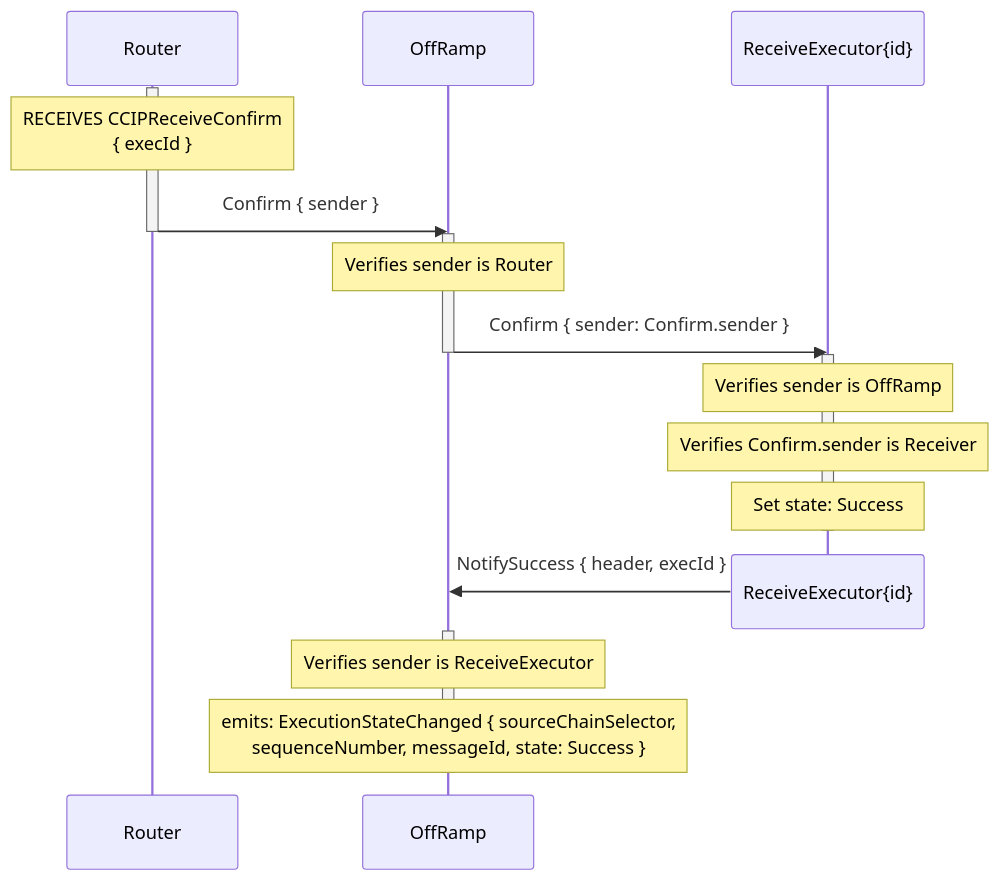
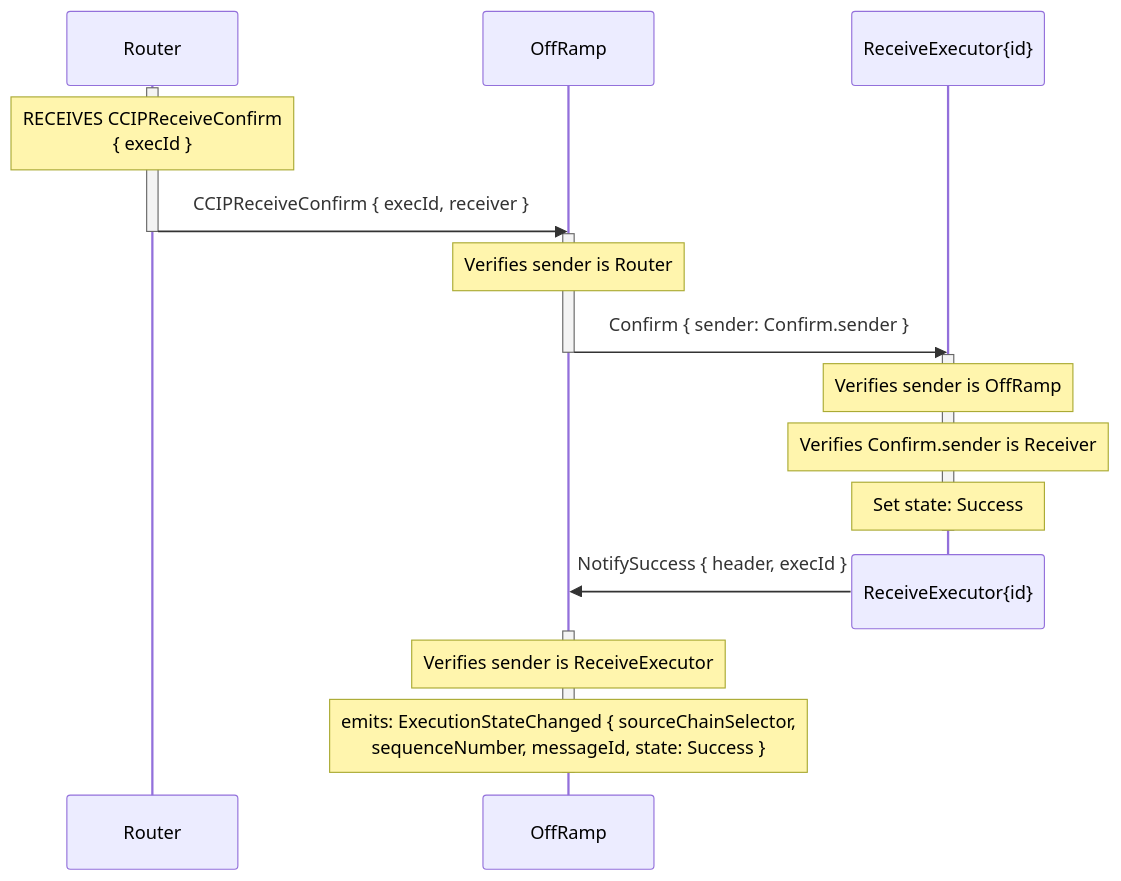
Before and after one commit to smartcontractkit/chainlink-ton: the third of 4 diagrams in docs/contracts/ccip/offramp/arbitrary-msg.md, drawn with Mermaid. The commit also changed other lines of this file and 5 other files, not shown here.

Commit message:
feat: revisit flow diagrams

````diff
--- a/docs/contracts/ccip/offramp/arbitrary-msg.md
+++ b/docs/contracts/ccip/offramp/arbitrary-msg.md
@@ -92,35 +111,35 @@
 ```mermaid
 sequenceDiagram
     participant R as Router
     participant OR as OffRamp
     participant RE as ReceiveExecutor{id}
 
 
     activate R
     Note over R: RECEIVES CCIPReceiveConfirm<br>{ execId }
-    R ->> OR: Confirm { sender }
+    R ->> OR: CCIPReceiveConfirm { execId, receiver }
     deactivate R
 
 
 
     activate OR
     Note over OR: Verifies sender is Router
     OR ->> RE: Confirm { sender: Confirm.sender }
     deactivate OR
 
 
     activate RE
     Note over RE: Verifies sender is OffRamp
     Note over RE: Verifies Confirm.sender is Receiver
     Note over RE: Set state: Success
     deactivate RE
     destroy RE
     RE ->> OR: NotifySuccess { header, execId }
 
 
 
     activate OR
     Note over OR: Verifies sender is ReceiveExecutor
     Note over OR: emits: ExecutionStateChanged { sourceChainSelector,<br>sequenceNumber, messageId, state: Success }
     deactivate OR
 ```
````
